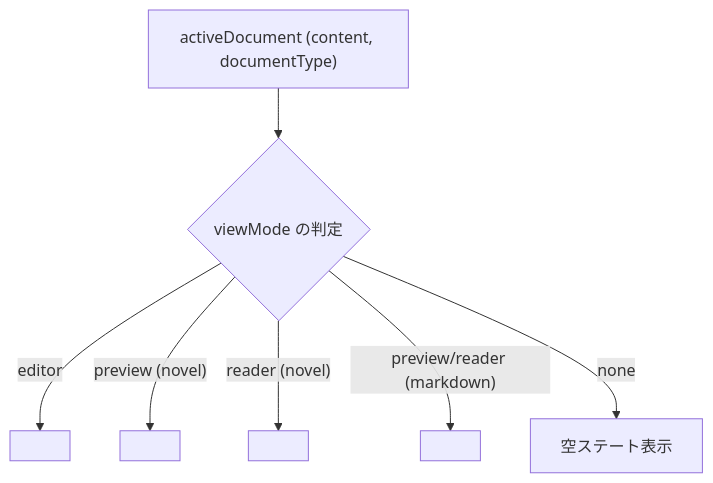
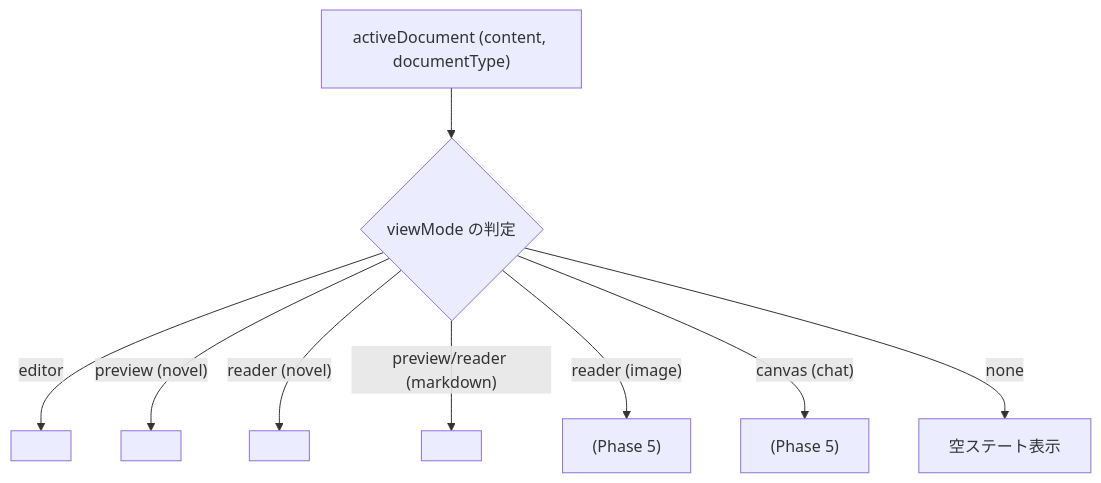
Before and after one commit to mituha/novelaide: the diagram in docs/dev/ドキュメントビューモード仕様.md, drawn with Mermaid. The commit also changed other lines of this file, not shown here.

````diff
--- a/docs/dev/ドキュメントビューモード仕様.md
+++ b/docs/dev/ドキュメントビューモード仕様.md
@@ -83,12 +136,14 @@
 ```mermaid
 graph TD
     CurrentDoc["activeDocument (content, documentType)"]
     CheckVM{"viewMode の判定"}
 
     CurrentDoc --> CheckVM
     CheckVM -->|"editor"| RenderEditor["<CodeEditor />"]
     CheckVM -->|"preview (novel)"| RenderNovelPrev["<NovelPreview isVertical={false} />"]
     CheckVM -->|"reader (novel)"| RenderNovelReader["<NovelPreview isVertical={true} />"]
     CheckVM -->|"preview/reader (markdown)"| RenderMdPrev["<MarkdownPreview />"]
+    CheckVM -->|"reader (image)"| RenderImageViewer["<ImageViewer /> (Phase 5)"]
+    CheckVM -->|"canvas (chat)"| RenderChatView["<ChatView /> (Phase 5)"]
     CheckVM -->|"none"| RenderEmpty["空ステート表示"]
 ```
````
